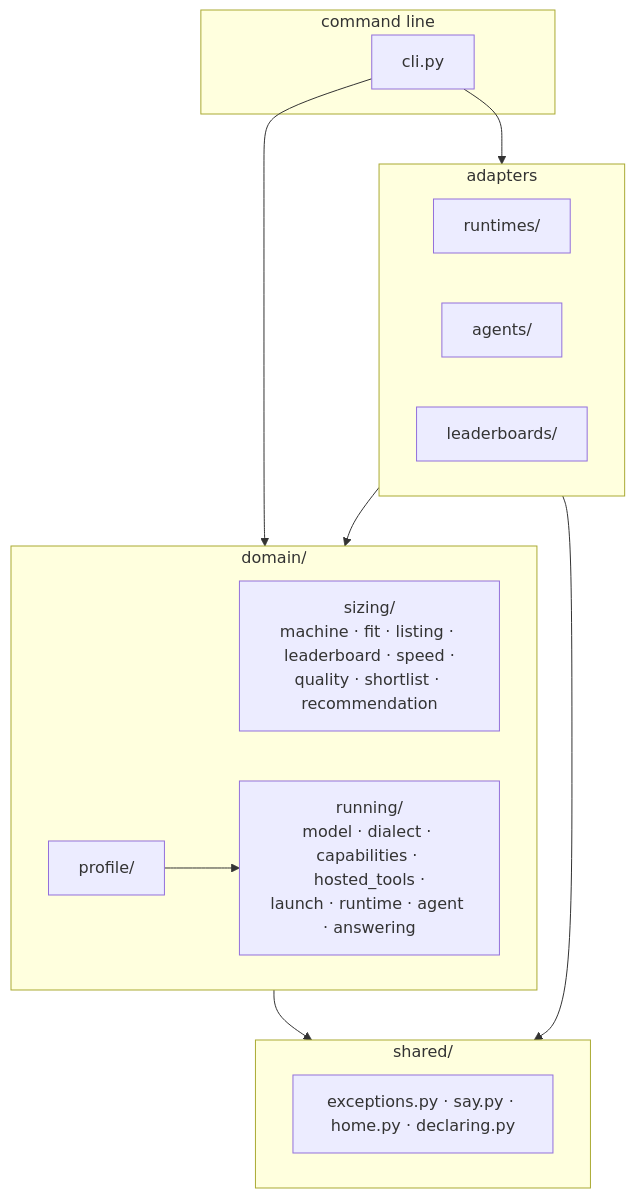
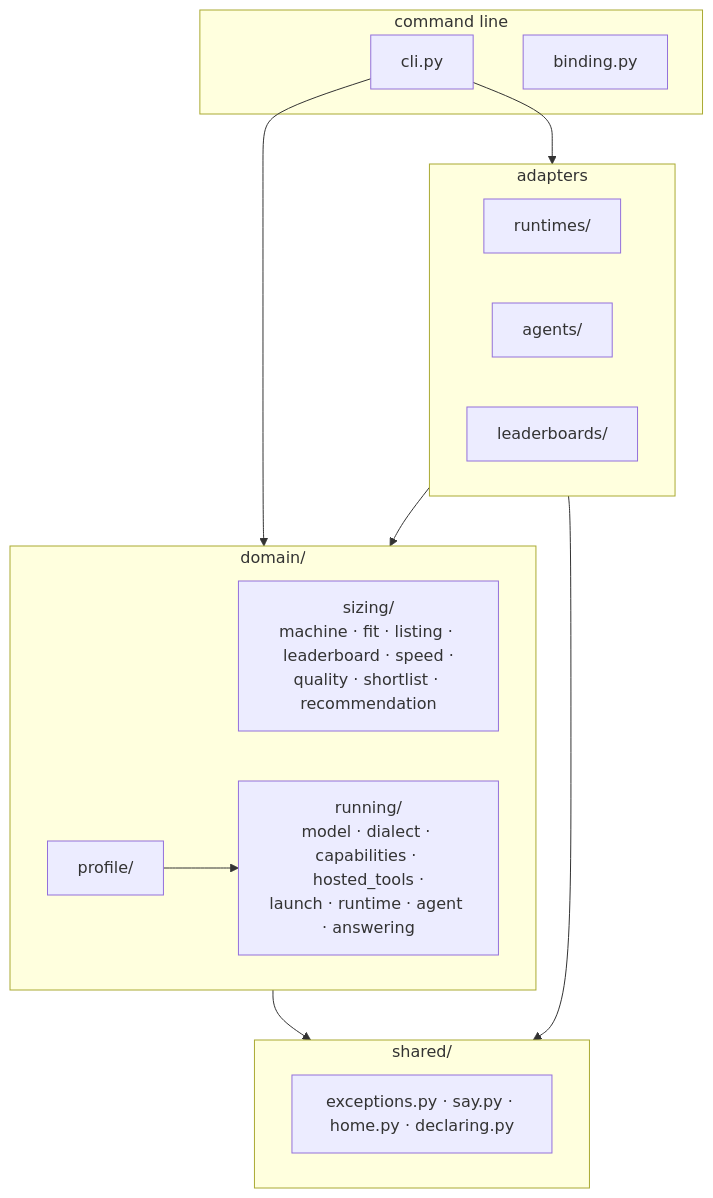
Before and after one commit to pvardanis/offgrid: the first of 3 diagrams in docs/architecture.md, drawn with Mermaid. The commit also changed other lines of this file and 7 other files, not shown here.

````diff
--- a/docs/architecture.md
+++ b/docs/architecture.md
@@ -13,26 +13,27 @@
 ```mermaid
 flowchart TD
     subgraph cmd [command line]
         cli[cli.py]
+        binding[binding.py]
     end
     subgraph adapters [adapters]
         rt["runtimes/"]
         ag["agents/"]
         lb["leaderboards/"]
     end
     subgraph domain ["domain/"]
         sizing["sizing/<br/>machine · fit · listing · leaderboard · speed ·<br/>quality · shortlist · recommendation"]
         running["running/<br/>model · dialect · capabilities · hosted_tools ·<br/>launch · runtime · agent · answering"]
         profile["profile/"]
     end
     subgraph shared ["shared/"]
         sh["exceptions.py · say.py · home.py · declaring.py"]
     end
 
     cli --> adapters
     cli --> domain
     adapters --> domain
     domain --> shared
     adapters --> shared
     profile --> running
 ```
````
